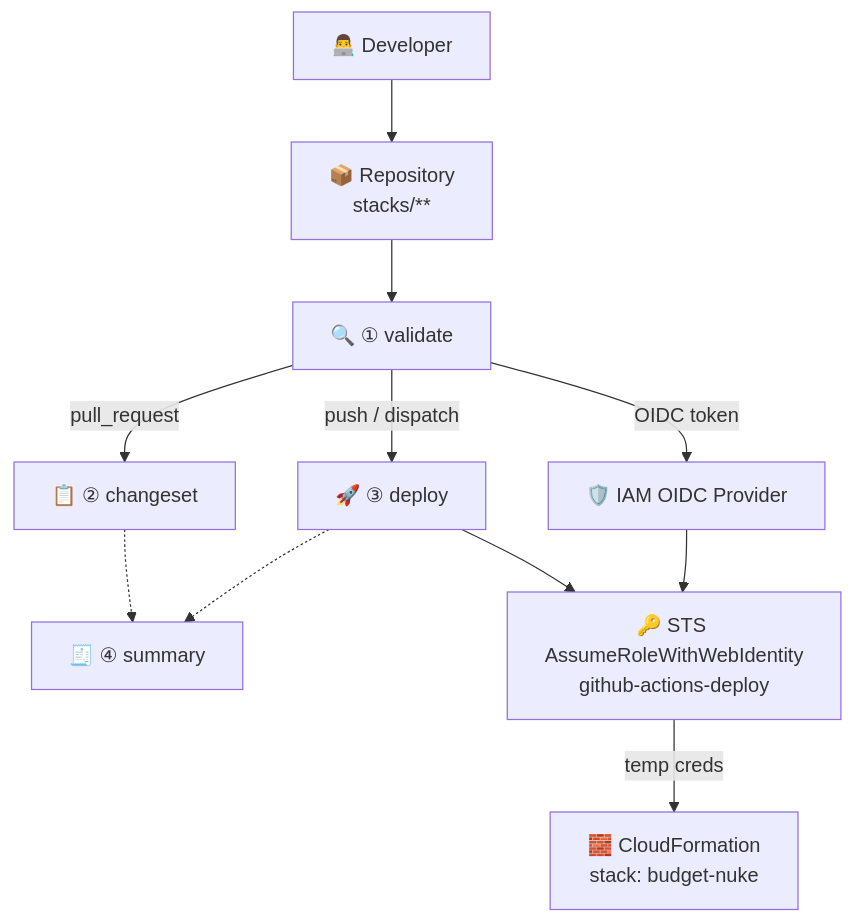
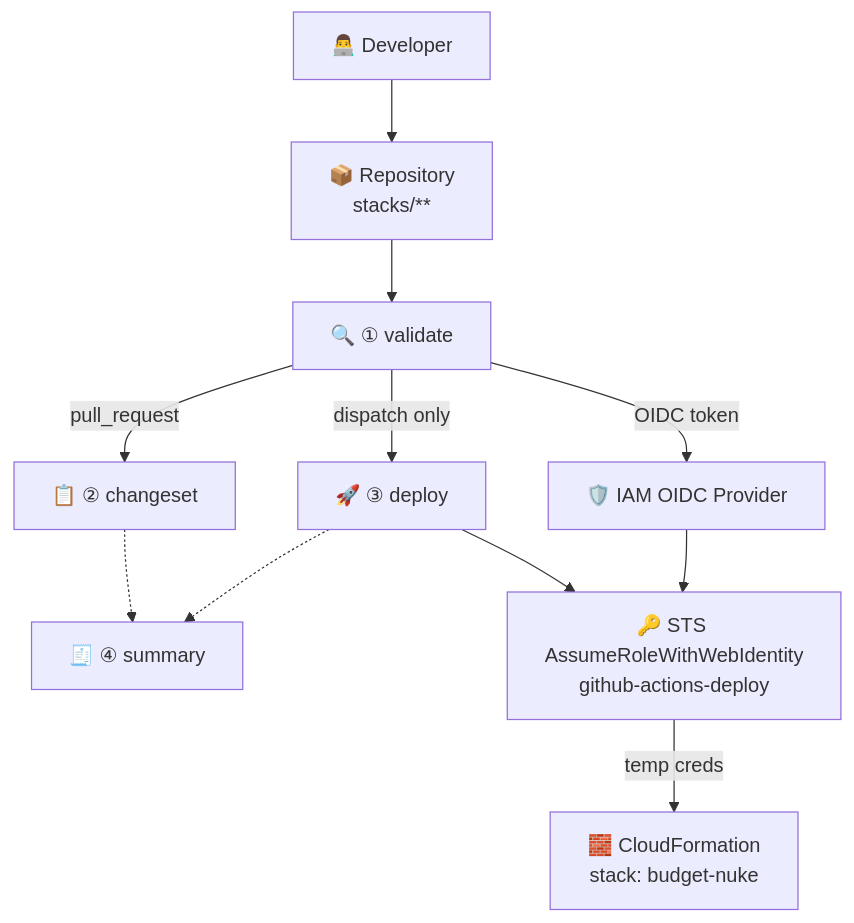
One commit to KrishnaVaibhav/AWS changed the second of 3 diagrams in README.md. Above: the diagram before and after it, drawn with Mermaid. The commit also changed other lines of this file and 17 other files, not shown here.

First line of the commit message:
feat: initial implementation of auction platform with serverless architecture

````diff
--- a/README.md
+++ b/README.md
@@ -111,13 +112,13 @@
 ```mermaid
 flowchart TD
     DEV["👨‍💻 Developer"] --> GH["📦 Repository<br/>stacks/**"]
     GH --> V["🔍 ① validate"]
     V -->|pull_request| CS["📋 ② changeset"]
-    V -->|push / dispatch| DP["🚀 ③ deploy"]
+    V -->|dispatch only| DP["🚀 ③ deploy"]
     CS -.-> SM["🧾 ④ summary"]
     DP -.-> SM
     V -- "OIDC token" --> OIDC["🛡️ IAM OIDC Provider"]
     OIDC --> STS["🔑 STS AssumeRoleWithWebIdentity<br/>github-actions-deploy"]
     STS -- "temp creds" --> CFN["🧱 CloudFormation<br/>stack: budget-nuke"]
     DP --> STS
 ```
````
